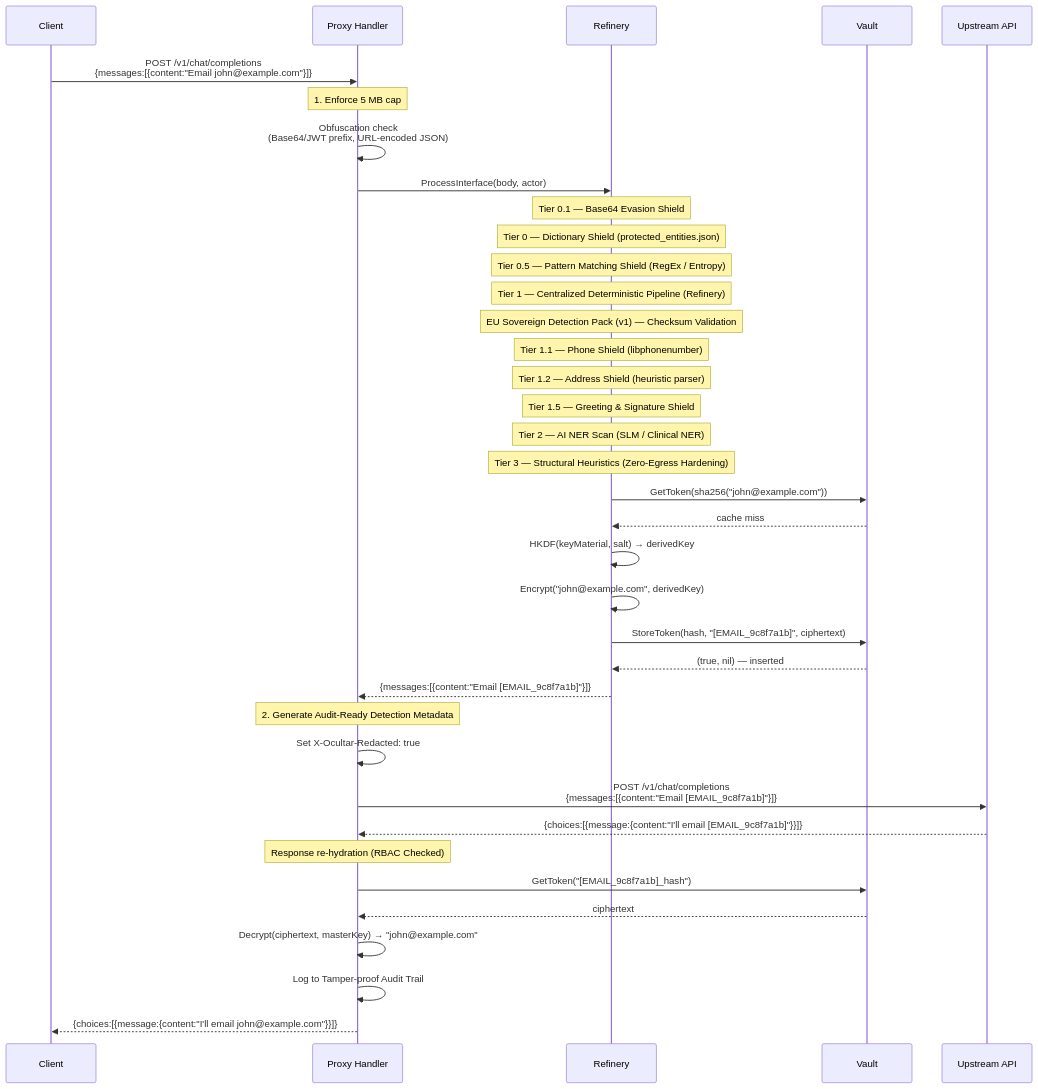
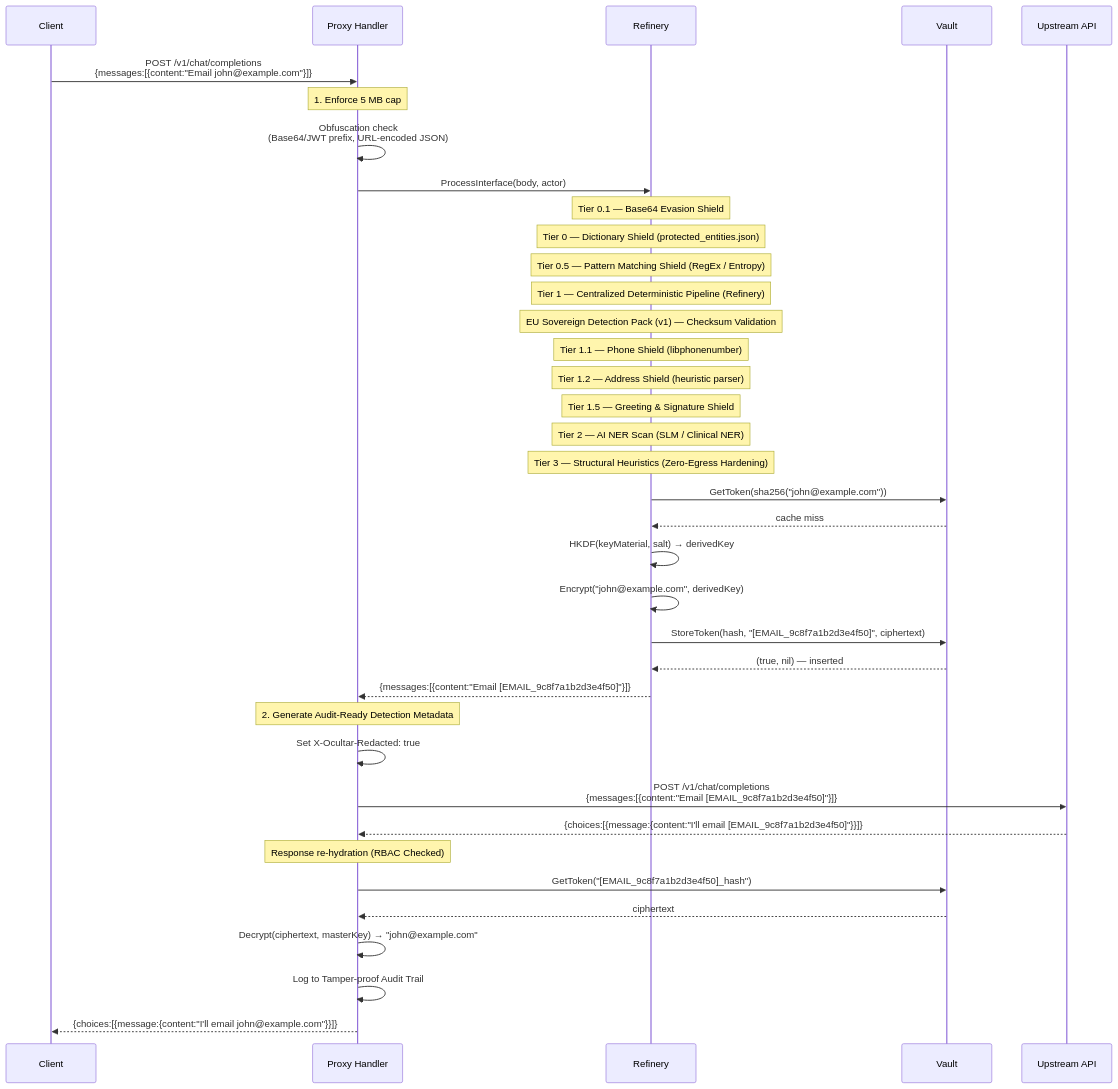
The third of 5 diagrams in apps/web/public/content/reference/ARCHITECTURE.md (ocultar-dev/ocultar), drawn with Mermaid before and after one commit. The commit also changed other lines of this file and 24 other files, not shown here.

````diff
--- a/apps/web/public/content/reference/ARCHITECTURE.md
+++ b/apps/web/public/content/reference/ARCHITECTURE.md
@@ -96,48 +96,48 @@
 ```mermaid
 sequenceDiagram
     participant C as Client
     participant P as Proxy Handler
     participant E as Refinery
     participant V as Vault
     participant U as Upstream API
 
     C->>P: POST /v1/chat/completions<br/>{messages:[{content:"Email john@example.com"}]}
 
     Note over P: 1. Enforce 5 MB cap
     P->>P: Obfuscation check<br/>(Base64/JWT prefix, URL-encoded JSON)
 
     P->>E: ProcessInterface(body, actor)
 
     Note over E: Tier 0.1 — Base64 Evasion Shield
     Note over E: Tier 0 — Dictionary Shield (protected_entities.json)
     Note over E: Tier 0.5 — Pattern Matching Shield (RegEx / Entropy)
     Note over E: Tier 1 — Centralized Deterministic Pipeline (Refinery)
     Note over E: EU Sovereign Detection Pack (v1) — Checksum Validation
     Note over E: Tier 1.1 — Phone Shield (libphonenumber)
     Note over E: Tier 1.2 — Address Shield (heuristic parser)
     Note over E: Tier 1.5 — Greeting & Signature Shield
     Note over E: Tier 2 — AI NER Scan (SLM / Clinical NER)
     Note over E: Tier 3 — Structural Heuristics (Zero-Egress Hardening)
 
     E->>V: GetToken(sha256("john@example.com"))
     V-->>E: cache miss
     E->>E: HKDF(keyMaterial, salt) → derivedKey
     E->>E: Encrypt("john@example.com", derivedKey)
-    E->>V: StoreToken(hash, "[EMAIL_9c8f7a1b]", ciphertext)
+    E->>V: StoreToken(hash, "[EMAIL_9c8f7a1b2d3e4f50]", ciphertext)
     V-->>E: (true, nil) — inserted
 
-    E-->>P: {messages:[{content:"Email [EMAIL_9c8f7a1b]"}]}
+    E-->>P: {messages:[{content:"Email [EMAIL_9c8f7a1b2d3e4f50]"}]}
     Note over P: 2. Generate Audit-Ready Detection Metadata
 
     P->>P: Set X-Ocultar-Redacted: true
-    P->>U: POST /v1/chat/completions<br/>{messages:[{content:"Email [EMAIL_9c8f7a1b]"}]}
-    U-->>P: {choices:[{message:{content:"I'll email [EMAIL_9c8f7a1b]"}}]}
+    P->>U: POST /v1/chat/completions<br/>{messages:[{content:"Email [EMAIL_9c8f7a1b2d3e4f50]"}]}
+    U-->>P: {choices:[{message:{content:"I'll email [EMAIL_9c8f7a1b2d3e4f50]"}}]}
 
     Note over P: Response re-hydration (RBAC Checked)
-    P->>V: GetToken("[EMAIL_9c8f7a1b]_hash")
+    P->>V: GetToken("[EMAIL_9c8f7a1b2d3e4f50]_hash")
     V-->>P: ciphertext
     P->>P: Decrypt(ciphertext, masterKey) → "john@example.com"
     P->>P: Log to Tamper-proof Audit Trail
 
     P-->>C: {choices:[{message:{content:"I'll email john@example.com"}}]}
 ```
````
